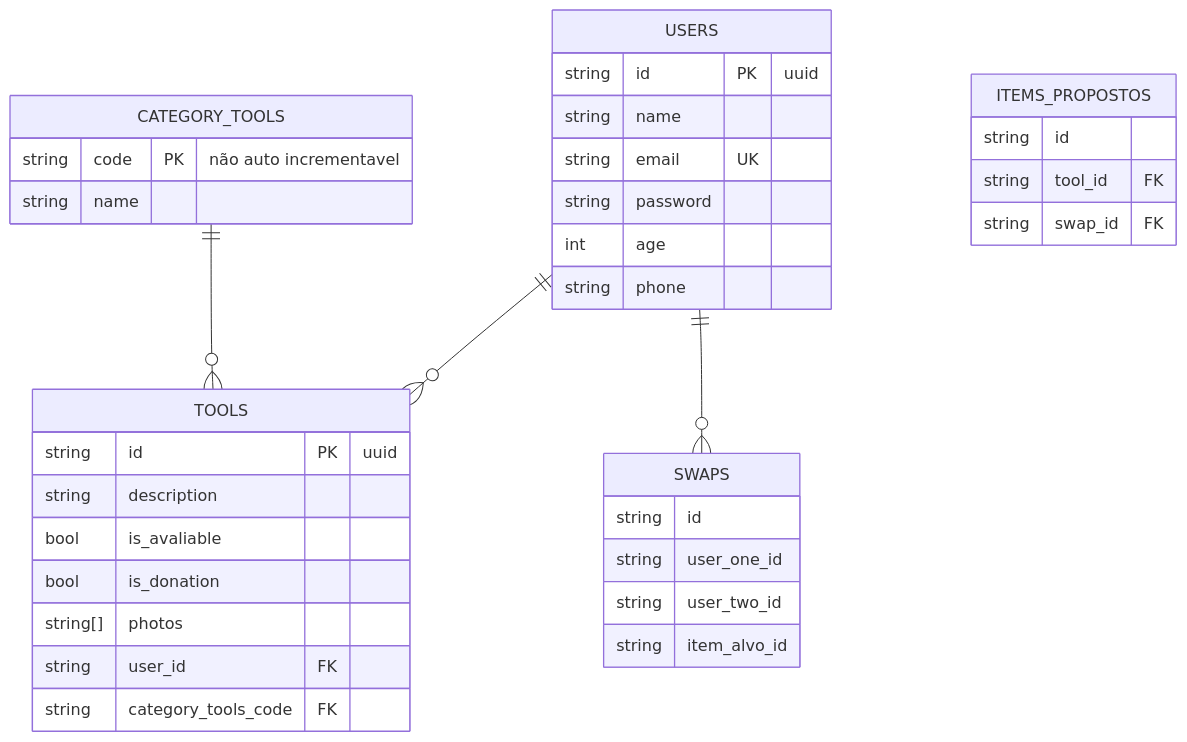
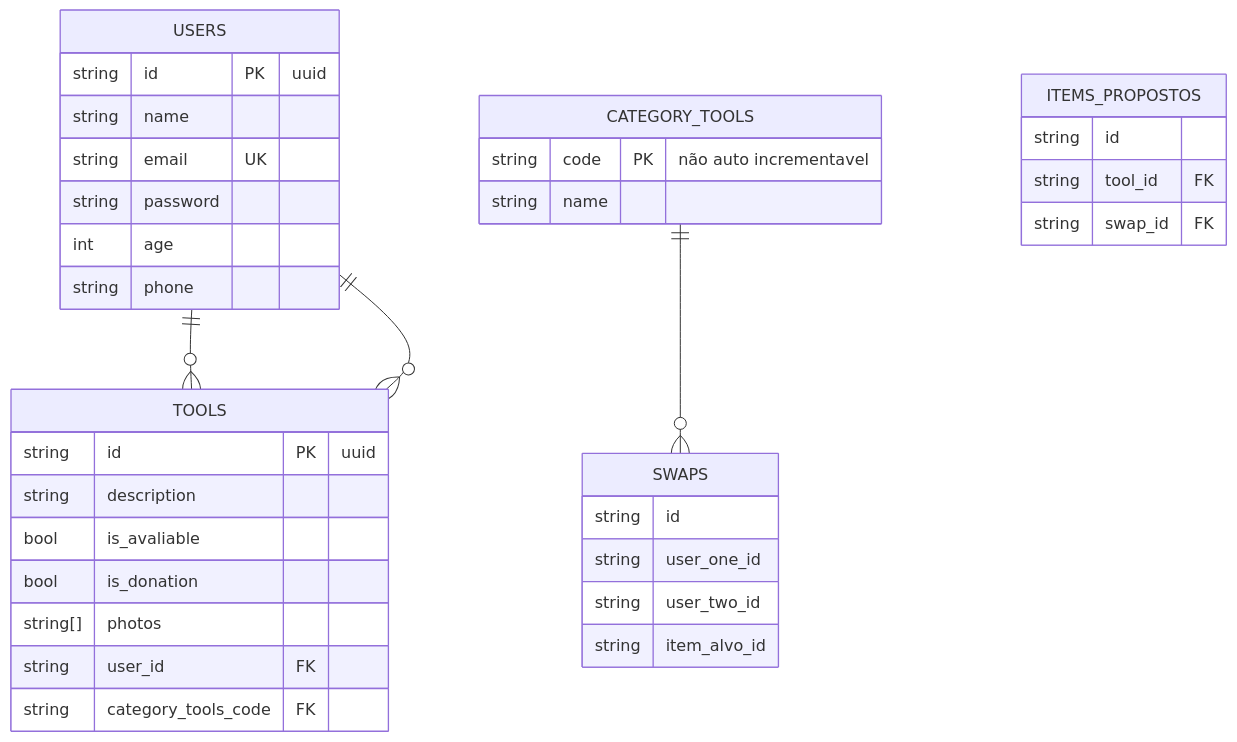
The second of 2 diagrams in Documentos_Relacionados/readme.md (Marcos1701/Proj_Integrador_III), drawn with Mermaid before and after one commit.

````diff
--- a/Documentos_Relacionados/readme.md
+++ b/Documentos_Relacionados/readme.md
@@ -104,46 +104,44 @@
 ```mermaid
 erDiagram
-    us[USERS] {
+    USERS {
         string id PK "uuid"
         string name
         string email UK
         string password
         int age
         string phone
     }
 
-    t[TOOLS] {
+    TOOLS {
         string id PK "uuid"
         string description
         bool is_avaliable
         bool is_donation
         string[] photos
         string user_id FK
         string category_tools_code FK
     }
 
-    ct[CATEGORY_TOOLS] {
+    CATEGORY_TOOLS {
         string code PK "não auto incrementavel" 
         string name
     }
 
-    s[SWAPS] {
+    SWAPS {
         string id
         string user_one_id
         string user_two_id
         string item_alvo_id
     }
 
-    it[ITEMS_PROPOSTOS] {
+    ITEMS_PROPOSTOS {
         string id
         string tool_id FK
         string swap_id FK
 
     }
 
-
-
-    us ||--o{ t : ""
-    ct ||--o{ t : ""
-    us ||--o{ s : ""
+    USERS ||--o{ TOOLS : ""
+    CATEGORY_TOOLS ||--o{ SWAPS : ""
+    USERS ||--o{ TOOLS : ""
 ```
````
